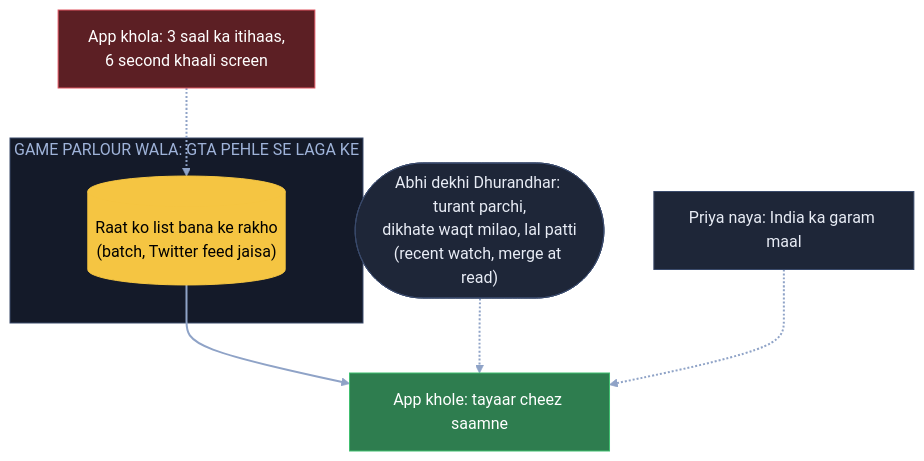
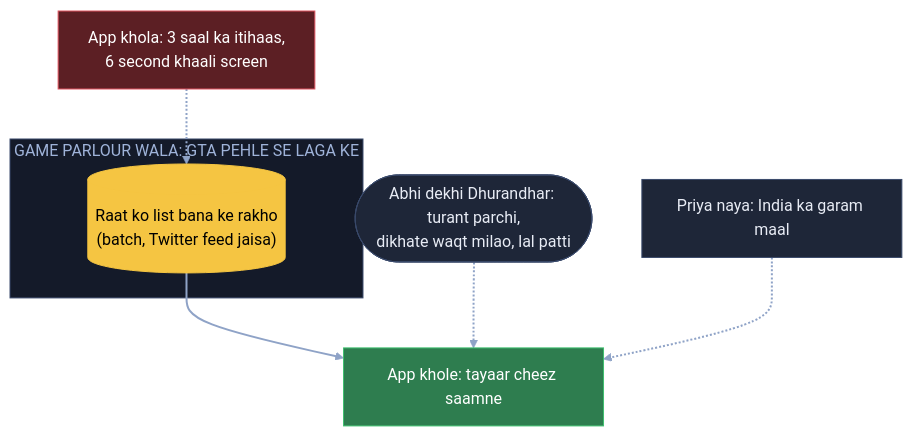
One commit to ArpanMaheshwari144/Prep changed the sixth of 9 diagrams in 04_HLD/SYSTEM_DESIGNS/18_netflix/18_netflix.md. Above: the diagram before and after it, drawn with Mermaid. The commit also changed other lines of this file and 20 other files, not shown here.

Commit message:
Diagram: sirf hand notes wale naam rahe (66 apne joda naam hataye); README 22-Nov tak update

````diff
--- a/04_HLD/SYSTEM_DESIGNS/18_netflix/18_netflix.md
+++ b/04_HLD/SYSTEM_DESIGNS/18_netflix/18_netflix.md
@@ -245,20 +245,20 @@
 ```mermaid
 flowchart TB
     X["App khola: 3 saal ka itihaas,<br/>6 second khaali screen"]:::bad
     subgraph GP["GAME PARLOUR WALA: GTA PEHLE SE LAGA KE"]
         L[("Raat ko list bana ke rakho<br/>(batch, Twitter feed jaisa)")]:::pill
     end
-    N(["Abhi dekhi Dhurandhar: turant parchi,<br/>dikhate waqt milao, lal patti<br/>(recent watch, merge at read)"]):::card
+    N(["Abhi dekhi Dhurandhar: turant parchi,<br/>dikhate waqt milao, lal patti"]):::card
     Pr["Priya naya: India ka garam maal"]:::card
     R["App khole: tayaar cheez saamne"]:::good
     X -.-> L
     L --> R
     N -.-> R
     Pr -.-> R
     linkStyle default stroke:#8fa3c7,stroke-width:2px
     classDef card fill:#1e2638,stroke:#3a4a6b,color:#e8ecf5
     classDef pill fill:#f5c542,stroke:#f5c542,color:#000
     classDef good fill:#2e7d4f,stroke:#3fbf6f,color:#fff
     classDef bad fill:#5c1f24,stroke:#e05561,color:#fff
     style GP fill:#141a29,stroke:#3a4a6b,color:#9fb3d9
 ```
````
